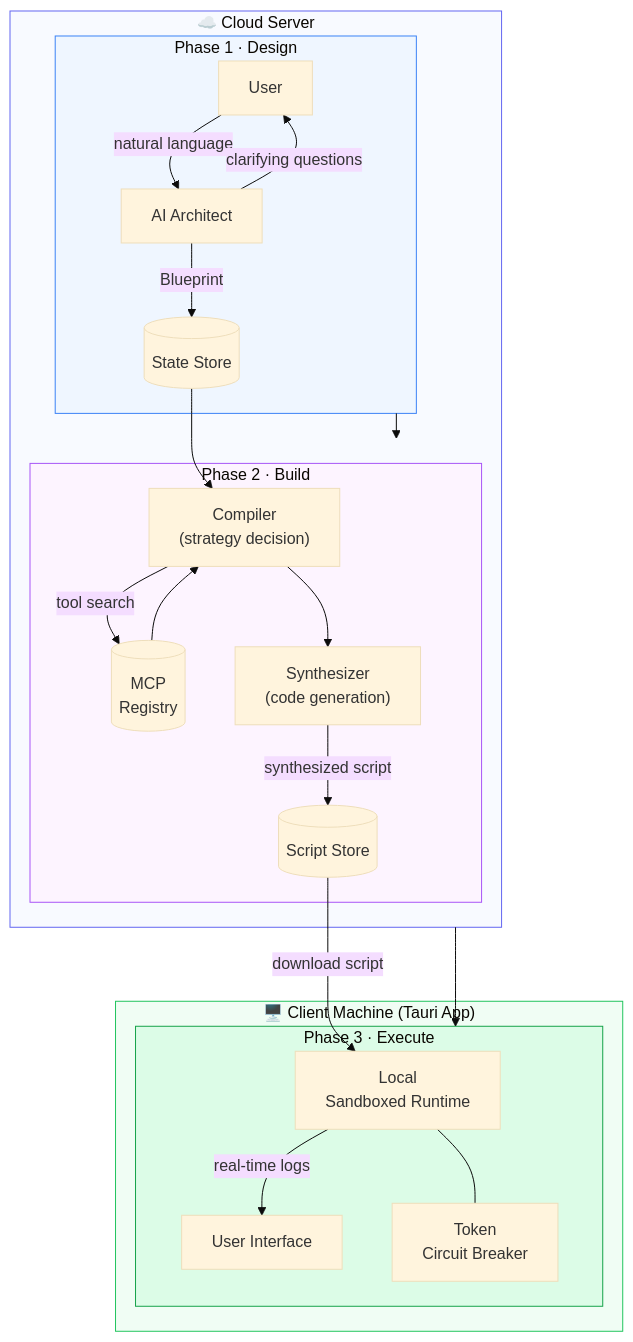
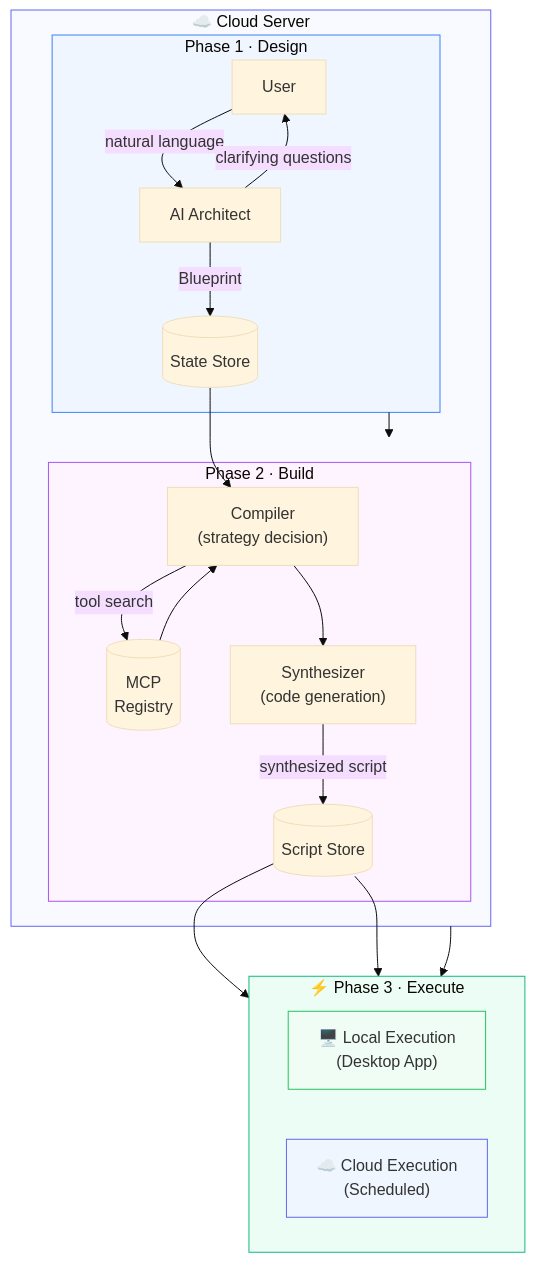
The second of 14 diagrams in README.md (whitebearhands/hierarch_public), drawn with Mermaid (base theme) before and after one commit. The commit also changed other lines of this file, not shown here.

````diff
--- a/README.md
+++ b/README.md
@@ -48,34 +47,33 @@
 ```mermaid
 flowchart TD
     subgraph CLOUD["☁️ Cloud Server"]
         subgraph Phase1["Phase 1 · Design"]
             U["User"] -->|natural language| A["AI Architect"]
             A -->|clarifying questions| U
             A -->|Blueprint| DB1[("State Store")]
         end
 
         subgraph Phase2["Phase 2 · Build"]
             DB1 --> C["Compiler\n(strategy decision)"]
             C -->|tool search| R[("MCP\nRegistry")]
             R --> C
             C --> S["Synthesizer\n(code generation)"]
             S -->|synthesized script| DB2[("Script Store")]
         end
     end
 
-    subgraph LOCAL["🖥️ Client Machine (Tauri App)"]
-        subgraph Phase3["Phase 3 · Execute"]
-            DB2 -->|download script| RT["Local\nSandboxed Runtime"]
-            RT -->|real-time logs| UX["User Interface"]
-            RT --- CB["Token\nCircuit Breaker"]
-        end
+    subgraph EXEC["⚡ Phase 3 · Execute"]
+        direction LR
+        DB2 --> LOCAL["🖥️ Local Execution\n(Desktop App)"]
+        DB2 --> SERVER["☁️ Cloud Execution\n(Scheduled)"]
     end
 
-    Phase1 --> Phase2 --> Phase3
+    Phase1 --> Phase2 --> EXEC
 
     style CLOUD fill:#f8faff,stroke:#6366f1
-    style LOCAL fill:#f0fdf4,stroke:#22c55e
+    style EXEC fill:#ecfdf5,stroke:#10b981
     style Phase1 fill:#eff6ff,stroke:#3b82f6
     style Phase2 fill:#fdf4ff,stroke:#a855f7
-    style Phase3 fill:#dcfce7,stroke:#16a34a
+    style LOCAL fill:#f0fdf4,stroke:#22c55e
+    style SERVER fill:#eff6ff,stroke:#6366f1
 ```
````
